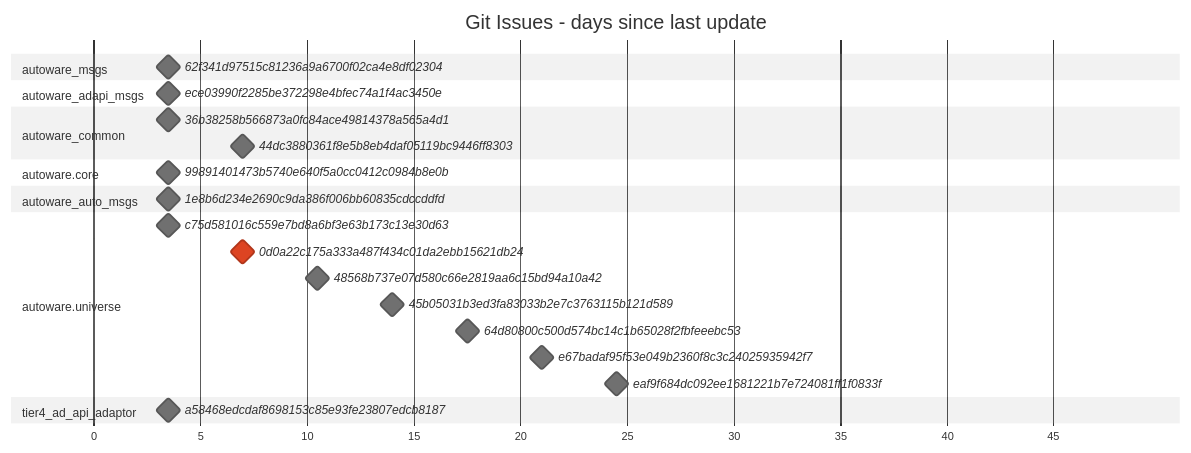
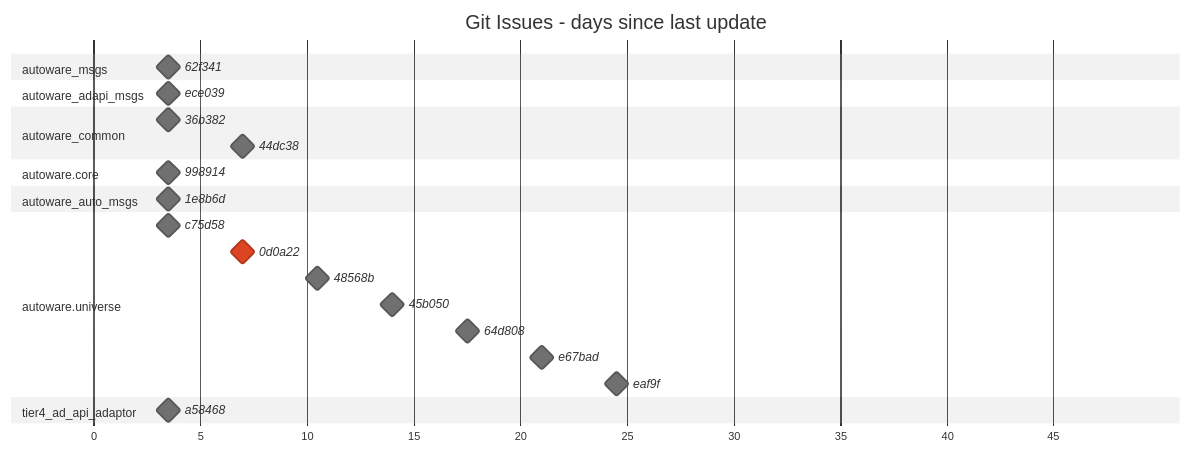
One commit to autowarefoundation/scenario-simulator-failure-evaluation-tool changed the diagram in visualization/README.md. Above: the diagram before and after it, drawn with Mermaid (neutral theme).

````diff
--- a/visualization/README.md
+++ b/visualization/README.md
@@ -1,27 +1,27 @@
 ```mermaid
 gantt
     title Git Issues - days since last update
     dateFormat X
     axisFormat %s
     section autoware_msgs
-    62f341d97515c81236a9a6700f02ca4e8df02304   : milestone, 0, 7
+    62f341   : milestone, 0, 7
     section autoware_adapi_msgs
-    ece03990f2285be372298e4bfec74a1f4ac3450e   : milestone, 0, 7
+    ece039   : milestone, 0, 7
     section autoware_common
-    36b38258b566873a0fc84ace49814378a565a4d1   : milestone, 0, 7
-    44dc3880361f8e5b8eb4daf05119bc9446ff8303   : milestone, 7, 14
+    36b382   : milestone, 0, 7
+    44dc38   : milestone, 7, 14
     section autoware.core
-    99891401473b5740e640f5a0cc0412c0984b8e0b    : milestone, 0, 7
+    998914    : milestone, 0, 7
     section autoware_auto_msgs
-    1e8b6d234e2690c9da386f006bb60835cdccddfd    : milestone, 0, 7
+    1e8b6d    : milestone, 0, 7
     section autoware.universe
-    c75d581016c559e7bd8a6bf3e63b173c13e30d63    : milestone, 0, 7
-    0d0a22c175a333a487f434c01da2ebb15621db24    : crit, milestone, 7, 14
-    48568b737e07d580c66e2819aa6c15bd94a10a42    : milestone, 14, 21
-    45b05031b3ed3fa83033b2e7c3763115b121d589    : milestone, 21, 28
-    64d80800c500d574bc14c1b65028f2fbfeeebc53    : milestone, 28, 35
-    e67badaf95f53e049b2360f8c3c24025935942f7    : milestone, 35, 42
-    eaf9f684dc092ee1681221b7e724081ff1f0833f    : milestone, 42, 49
+    c75d58    : milestone, 0, 7
+    0d0a22    : crit, milestone, 7, 14
+    48568b    : milestone, 14, 21
+    45b050    : milestone, 21, 28
+    64d808    : milestone, 28, 35
+    e67bad    : milestone, 35, 42
+    eaf9f    : milestone, 42, 49
     section tier4_ad_api_adaptor
-    a58468edcdaf8698153c85e93fe23807edcb8187    : milestone, 0, 7
+    a58468    : milestone, 0, 7
 ```
````
